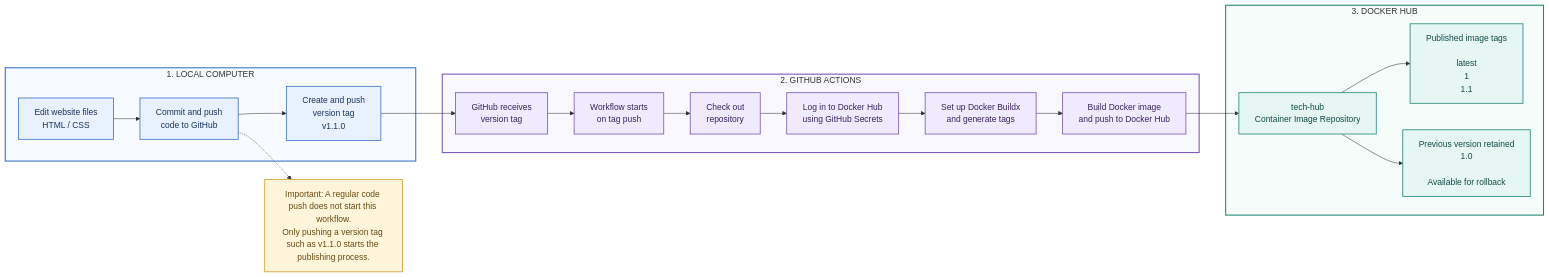
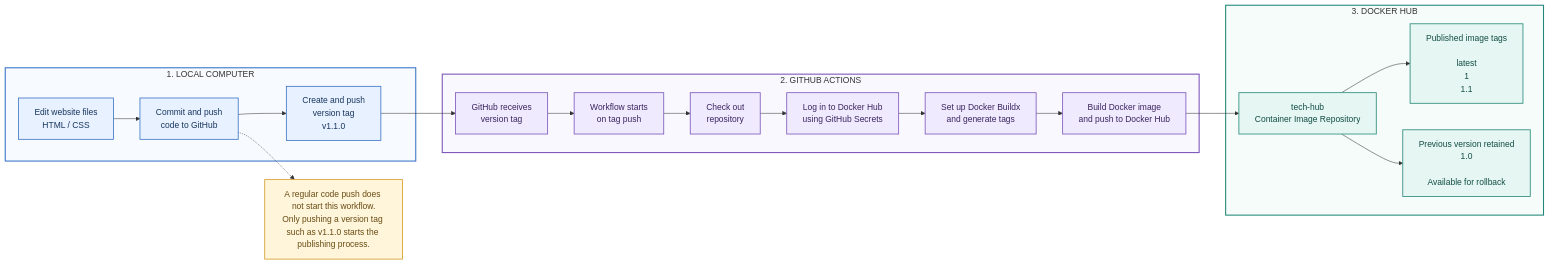
Before and after one commit to JawadNJ/ceg3120-cicd-Nejem-f26: the diagram in README-CI.md, drawn with Mermaid.

Commit message:
refining the diagram making sure the boxes are right (first time using mermaid).

````diff
--- a/README-CI.md
+++ b/README-CI.md
@@ -25,47 +25,47 @@
 ```mermaid
 flowchart LR
     subgraph DEV["1. LOCAL COMPUTER"]
         A["Edit website files<br/>HTML / CSS"]
         B["Commit and push<br/>code to GitHub"]
         C["Create and push<br/>version tag<br/>v1.1.0"]
         A --> B --> C
     end
 
     subgraph GH["2. GITHUB ACTIONS"]
         D["GitHub receives<br/>version tag"]
         E["Workflow starts<br/>on tag push"]
         F["Check out<br/>repository"]
         G["Log in to Docker Hub<br/>using GitHub Secrets"]
         H["Set up Docker Buildx<br/>and generate tags"]
         I["Build Docker image<br/>and push to Docker Hub"]
         D --> E --> F --> G --> H --> I
     end
 
     subgraph DH["3. DOCKER HUB"]
         J["tech-hub<br/>Container Image Repository"]
         K["Published image tags<br/><br/>latest<br/>1<br/>1.1"]
         L["Previous version retained<br/>1.0<br/><br/>Available for rollback"]
         J --> K
         J --> L
     end
 
     C --> D
     I --> J
 
-    N["Important: A regular code push does not start this workflow.<br/>Only pushing a version tag such as v1.1.0 starts the publishing process."]
+    N["A regular code push does not start this workflow.<br/>Only pushing a version tag such as v1.1.0 starts the publishing process."]
     B -.-> N
 
     classDef local fill:#E8F1FF,stroke:#3973C6,color:#17365D,stroke-width:1.5px
     classDef github fill:#F0EAFE,stroke:#7954B8,color:#39245F,stroke-width:1.5px
     classDef docker fill:#E5F6F3,stroke:#238777,color:#124D45,stroke-width:1.5px
     classDef note fill:#FFF5DB,stroke:#D49A27,color:#684B12,stroke-width:1.5px
 
     class A,B,C local
     class D,E,F,G,H,I github
     class J,K,L docker
     class N note
 
     style DEV fill:#F7FAFF,stroke:#3973C6,stroke-width:2px
     style GH fill:#FAF8FF,stroke:#7954B8,stroke-width:2px
     style DH fill:#F5FCFA,stroke:#238777,stroke-width:2px
 ```
````
